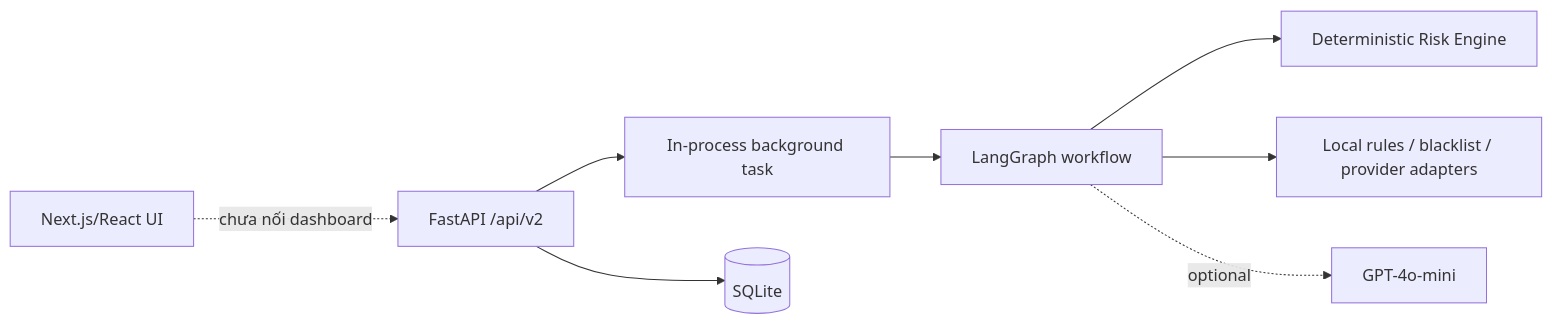
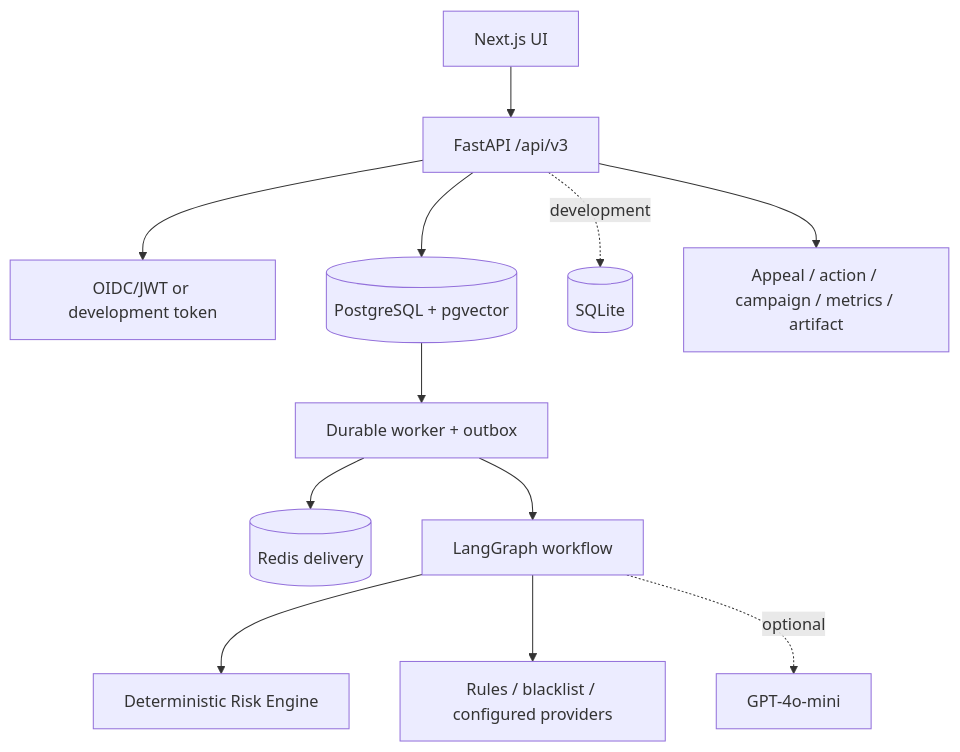
Before and after one commit to Binhdn04/TrustGuard-AI: the first of 2 diagrams in ARCHITECTURE.md, drawn with Mermaid. The commit also changed other lines of this file and 42 other files, not shown here.

````diff
--- a/ARCHITECTURE.md
+++ b/ARCHITECTURE.md
@@ -9,10 +9,14 @@
 ```mermaid
-flowchart LR
-    UI[Next.js/React UI] -. chưa nối dashboard .-> API[FastAPI /api/v2]
-    API --> Task[In-process background task]
-    Task --> Agent[LangGraph workflow]
+flowchart TB
+    UI[Next.js UI] --> API[FastAPI /api/v3]
+    API --> Auth[OIDC/JWT or development token]
+    API --> PG[(PostgreSQL + pgvector)]
+    API -. development .-> SQLite[(SQLite)]
+    PG --> Worker[Durable worker + outbox]
+    Worker --> Redis[(Redis delivery)]
+    Worker --> Agent[LangGraph workflow]
     Agent --> Risk[Deterministic Risk Engine]
-    Agent --> Tools[Local rules / blacklist / provider adapters]
-    API --> SQLite[(SQLite)]
+    Agent --> Tools[Rules / blacklist / configured providers]
+    API --> W2[Appeal / action / campaign / metrics / artifact]
     Agent -. optional .-> LLM[GPT-4o-mini]
 ```
````
